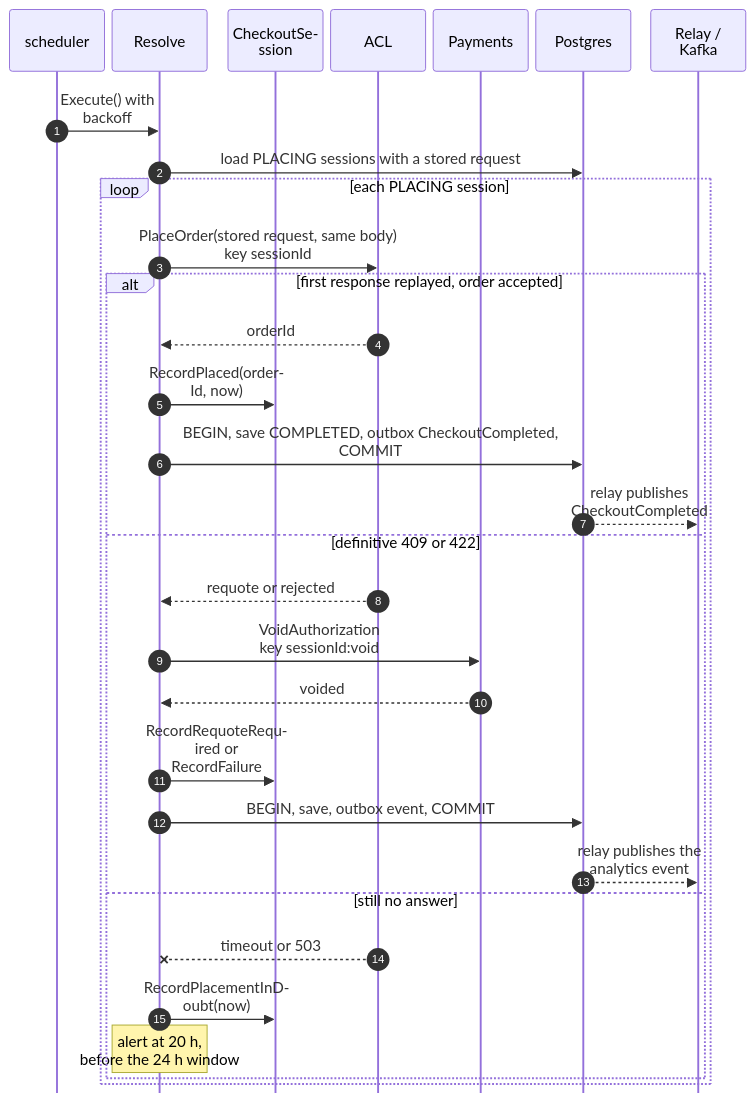
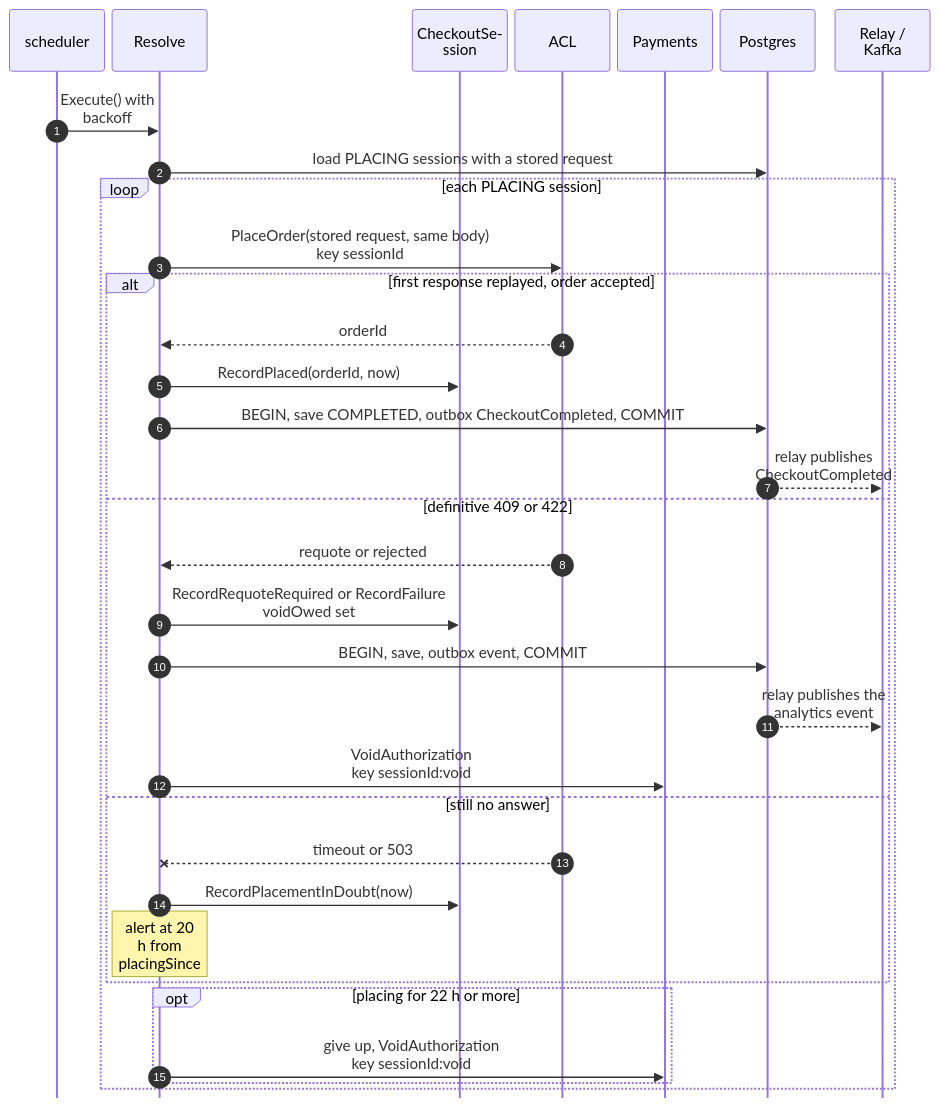
One commit to IQVO/warehouse-docs changed the fourth of 5 diagrams in storefront/docs/contexts/checkout/sequence-diagrams.md. Above: the diagram before and after it, drawn with Mermaid. The commit also changed other lines of this file and 11 other files, not shown here.

````diff
--- a/storefront/docs/contexts/checkout/sequence-diagrams.md
+++ b/storefront/docs/contexts/checkout/sequence-diagrams.md
@@ -207,34 +220,36 @@
 ```mermaid
 %%{init: {"sequence": {"wrap": true, "width": 100, "actorMargin": 8, "messageMargin": 28, "boxMargin": 6, "noteMargin": 6, "mirrorActors": false}}}%%
 sequenceDiagram
     autonumber
     participant S as scheduler
     participant UC as Resolve
     participant A as CheckoutSession
     participant O as ACL
     participant P as Payments
     participant DB as Postgres
     participant K as Relay / Kafka
     S->>UC: Execute() with backoff
     UC->>DB: load PLACING sessions with a stored request
     loop each PLACING session
         UC->>O: PlaceOrder(stored request, same body)<br/>key sessionId
         alt first response replayed, order accepted
             O-->>UC: orderId
             UC->>A: RecordPlaced(orderId, now)
             UC->>DB: BEGIN, save COMPLETED, outbox CheckoutCompleted, COMMIT
             DB-->>K: relay publishes CheckoutCompleted
         else definitive 409 or 422
             O-->>UC: requote or rejected
-            UC->>P: VoidAuthorization<br/>key sessionId:void
-            P-->>UC: voided
-            UC->>A: RecordRequoteRequired or RecordFailure
+            UC->>A: RecordRequoteRequired or RecordFailure<br/>voidOwed set
             UC->>DB: BEGIN, save, outbox event, COMMIT
             DB-->>K: relay publishes the analytics event
+            UC->>P: VoidAuthorization<br/>key sessionId:void
         else still no answer
             O--xUC: timeout or 503
             UC->>A: RecordPlacementInDoubt(now)
-            Note over UC: alert at 20 h,<br/>before the 24 h window
+            Note over UC: alert at 20 h from placingSince
+        end
+        opt placing for 22 h or more
+            UC->>P: give up, VoidAuthorization<br/>key sessionId:void
         end
     end
 ```
````
